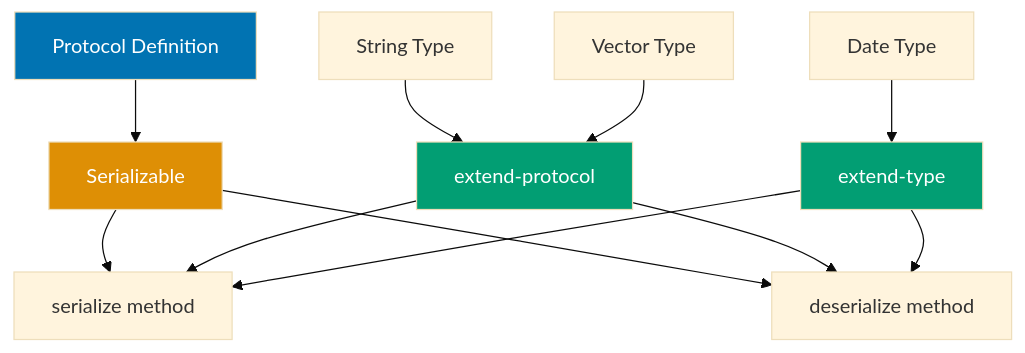
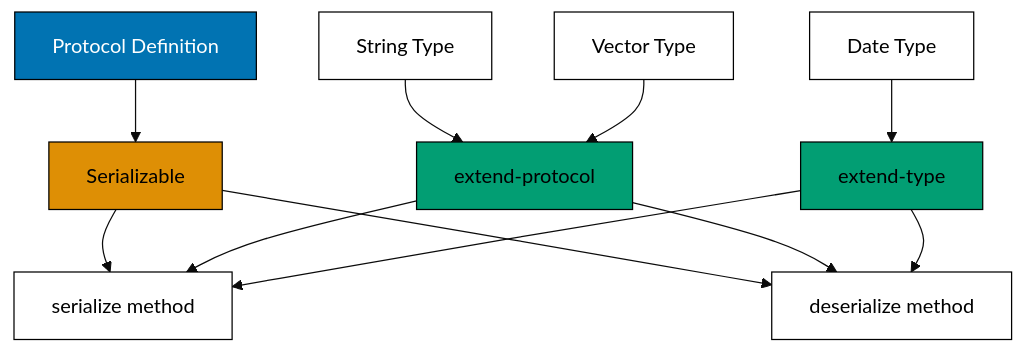
Before and after one commit to wahidyankf/ose-public: the sixth of 13 diagrams in apps/ayokoding-www/content/en/learn/legacy/software-engineering/programming-languages/clojure/by-example/advanced.md, drawn with Mermaid (base theme). The commit also changed other lines of this file and 112 other files, not shown here.

First line of the commit message:
fix(mermaid): bring the legacy programming-languages diagrams onto the accessible palette

````diff
--- a/apps/ayokoding-www/content/en/learn/legacy/software-engineering/programming-languages/clojure/by-example/advanced.md
+++ b/apps/ayokoding-www/content/en/learn/legacy/software-engineering/programming-languages/clojure/by-example/advanced.md
@@ -429,19 +459,25 @@
 ```mermaid
 %% Protocol polymorphism
 graph TD
+    accTitle: Example 61: Protocols for Polymorphism
+    accDescr: Graph with 9 nodes and 10 connections. Nodes: Protocol Definition, Serializable, serialize method, deserialize method, String Type, extend-protocol, Vector Type, Date Type, extend-type. Connections: Protocol Definition to Serializable, Serializable to serialize method, Serializable to deserialize method, String Type to extend-protocol, Vector Type to extend-protocol, Date Type to extend-type, extend-protocol to serialize method, extend-protocol to deserialize method, extend-type to serialize method, extend-type to deserialize method.
     A[Protocol Definition] --> B[Serializable]
     B --> C[serialize method]
     B --> D[deserialize method]
     E[String Type] --> F[extend-protocol]
     G[Vector Type] --> F
     H[Date Type] --> I[extend-type]
     F --> C
     F --> D
     I --> C
     I --> D
 
-    style A fill:#0173B2,color:#fff
-    style B fill:#DE8F05,color:#fff
-    style F fill:#029E73,color:#fff
-    style I fill:#029E73,color:#fff
+    classDef pal-0173B2 fill:#0173B2,stroke:#000000,color:#FFFFFF
+    class A pal-0173B2
+    classDef pal-DE8F05 fill:#DE8F05,stroke:#000000,color:#000000
+    class B pal-DE8F05
+    classDef pal-029E73 fill:#029E73,stroke:#000000,color:#000000
+    class F pal-029E73
+    class I pal-029E73
+    classDef default fill:#FFFFFF,stroke:#000000,color:#000000
 ```
````
